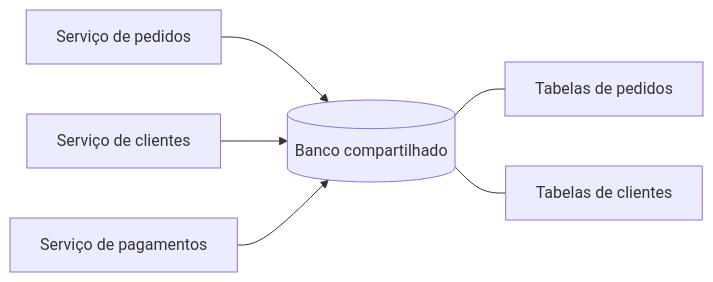
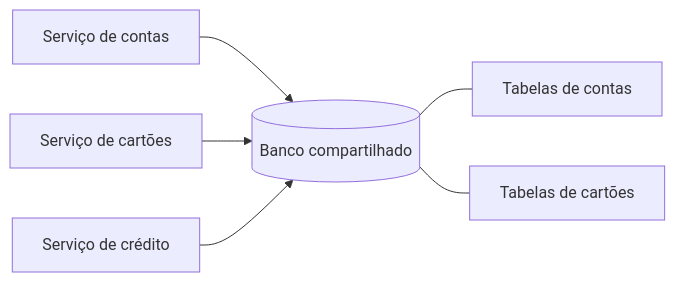
One commit to alancesar/design-patterns changed the diagram in docs/architecture/microservices/service-collaboration/shared-database.md. Above: the diagram before and after it, drawn with Mermaid. The commit also changed other lines of this file and 27 other files, not shown here.

Commit message:
Switch microservices concrete diagrams to fintech scenarios

````diff
--- a/docs/architecture/microservices/service-collaboration/shared-database.md
+++ b/docs/architecture/microservices/service-collaboration/shared-database.md
@@ -54,8 +54,8 @@
 ```mermaid
 flowchart LR
-    OS["Serviço de pedidos"] --> DB[("Banco compartilhado")]
-    CS["Serviço de clientes"] --> DB
-    PS["Serviço de pagamentos"] --> DB
-    DB --- T1["Tabelas de pedidos"]
-    DB --- T2["Tabelas de clientes"]
+    ACC["Serviço de contas"] --> DB[("Banco compartilhado")]
+    CS["Serviço de cartões"] --> DB
+    LS["Serviço de crédito"] --> DB
+    DB --- T1["Tabelas de contas"]
+    DB --- T2["Tabelas de cartões"]
 ```
````
